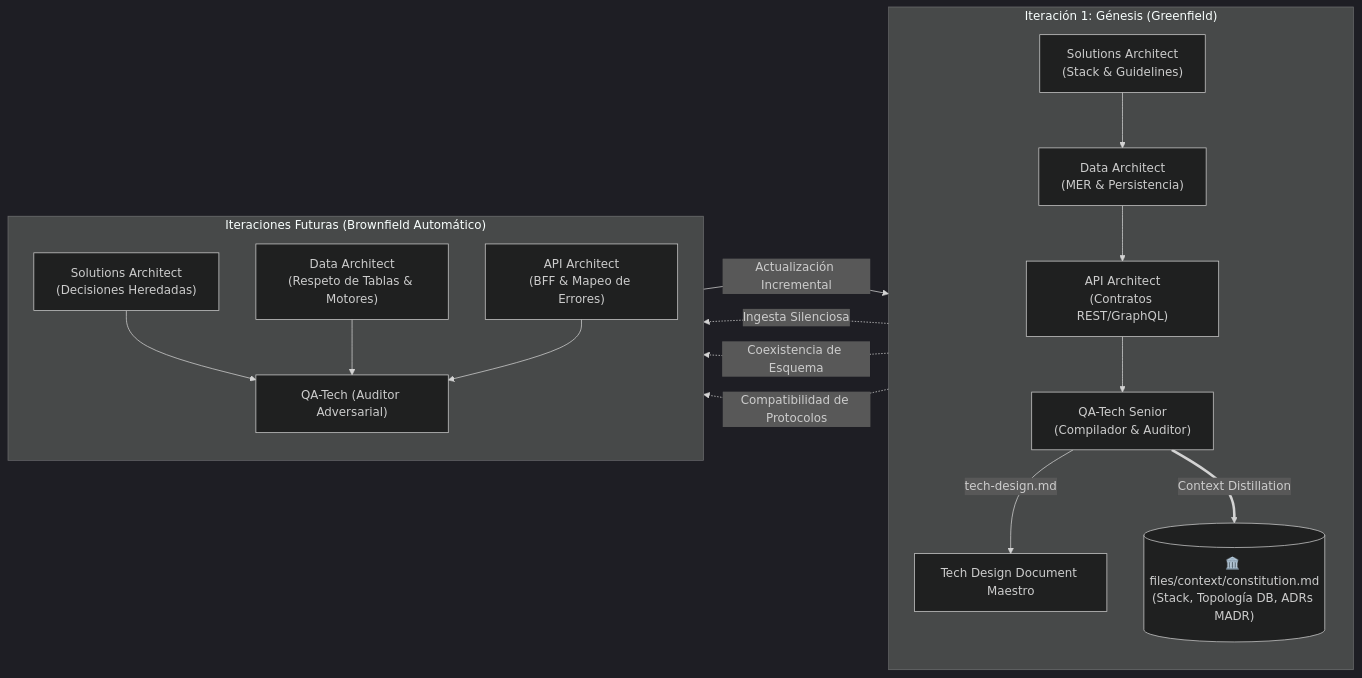
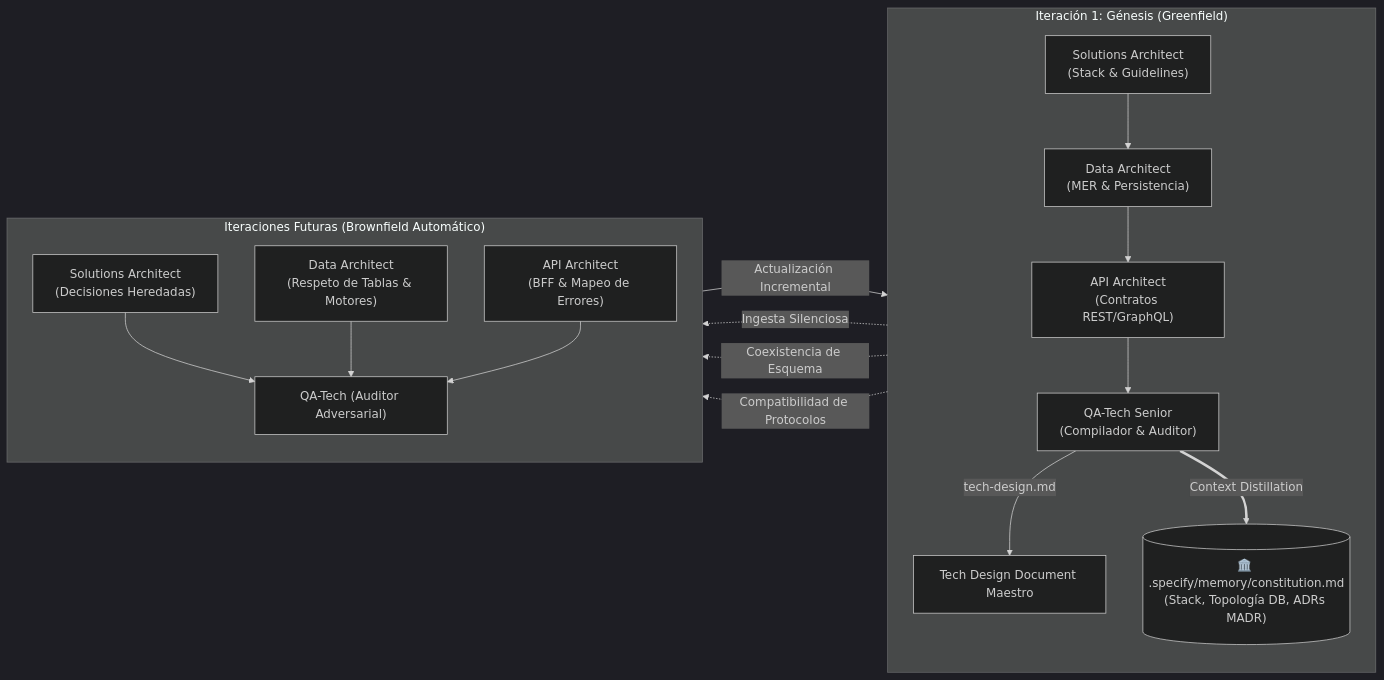
The second of 3 diagrams in README.md (pauloravicaceres/template-bmad), drawn with Mermaid (dark theme) before and after one commit. The commit also changed other lines of this file and 41 other files, not shown here.

First line of the commit message:
fix(bmad): unificar ruta de constitution.md a .specify/memory/ como fuente unica de verdad

````diff
--- a/README.md
+++ b/README.md
@@ -222,20 +222,20 @@
 ```mermaid
 flowchart LR
     subgraph Iteracion1 ["Iteración 1: Génesis (Greenfield)"]
         direction TB
         SA1["Solutions Architect\n(Stack & Guidelines)"] --> DA1["Data Architect\n(MER & Persistencia)"]
         DA1 --> API1["API Architect\n(Contratos REST/GraphQL)"]
         API1 --> QT1["QA-Tech Senior\n(Compilador & Auditor)"]
         QT1 -->|tech-design.md| TDD1["Tech Design Document Maestro"]
-        QT1 ==>|Context Distillation| Snapshot[("🏛️ files/context/constitution.md\n(Stack, Topología DB, ADRs MADR)")]
+        QT1 ==>|Context Distillation| Snapshot[("🏛️ .specify/memory/constitution.md\n(Stack, Topología DB, ADRs MADR)")]
     end
 
     subgraph Iteracion2 ["Iteraciones Futuras (Brownfield Automático)"]
         direction TB
         Snapshot -.->|Ingesta Silenciosa| SA2["Solutions Architect\n(Decisiones Heredadas)"]
         Snapshot -.->|Coexistencia de Esquema| DA2["Data Architect\n(Respeto de Tablas & Motores)"]
         Snapshot -.->|Compatibilidad de Protocolos| API2["API Architect\n(BFF & Mapeo de Errores)"]
         SA2 & DA2 & API2 --> QT2["QA-Tech (Auditor Adversarial)"]
         QT2 -->|Actualización Incremental| Snapshot
     end
 ```
````
